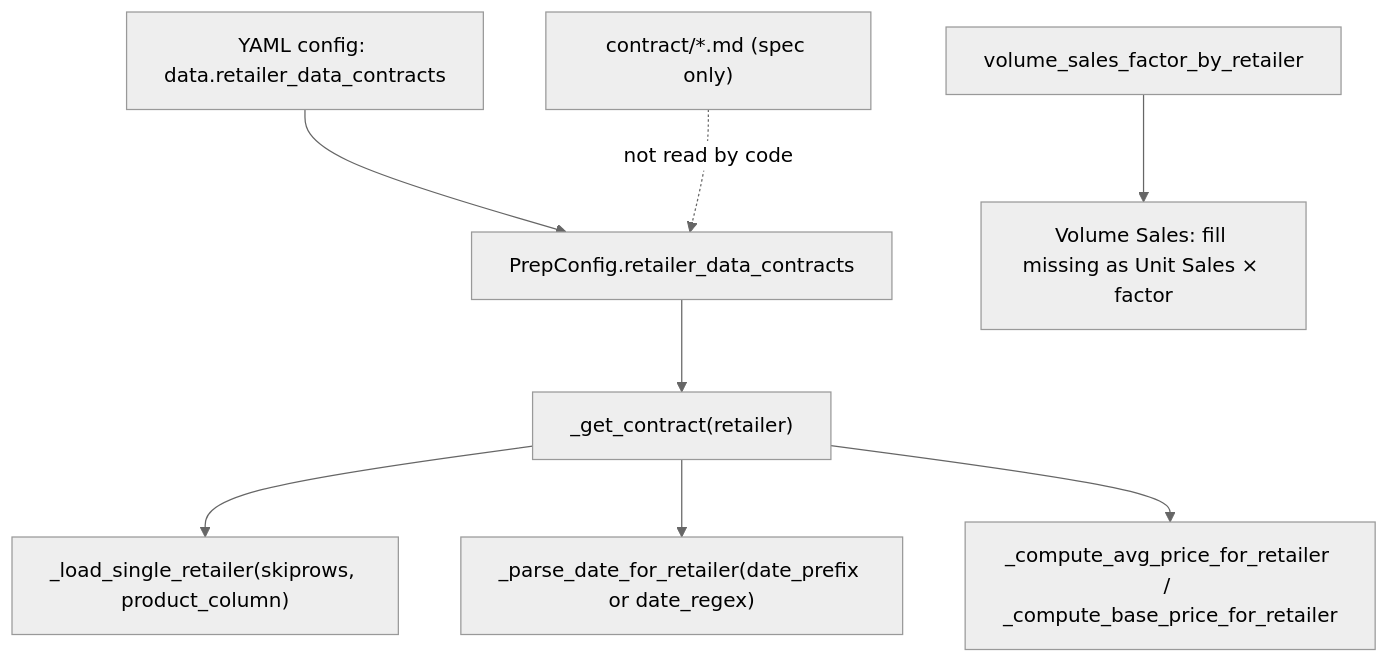
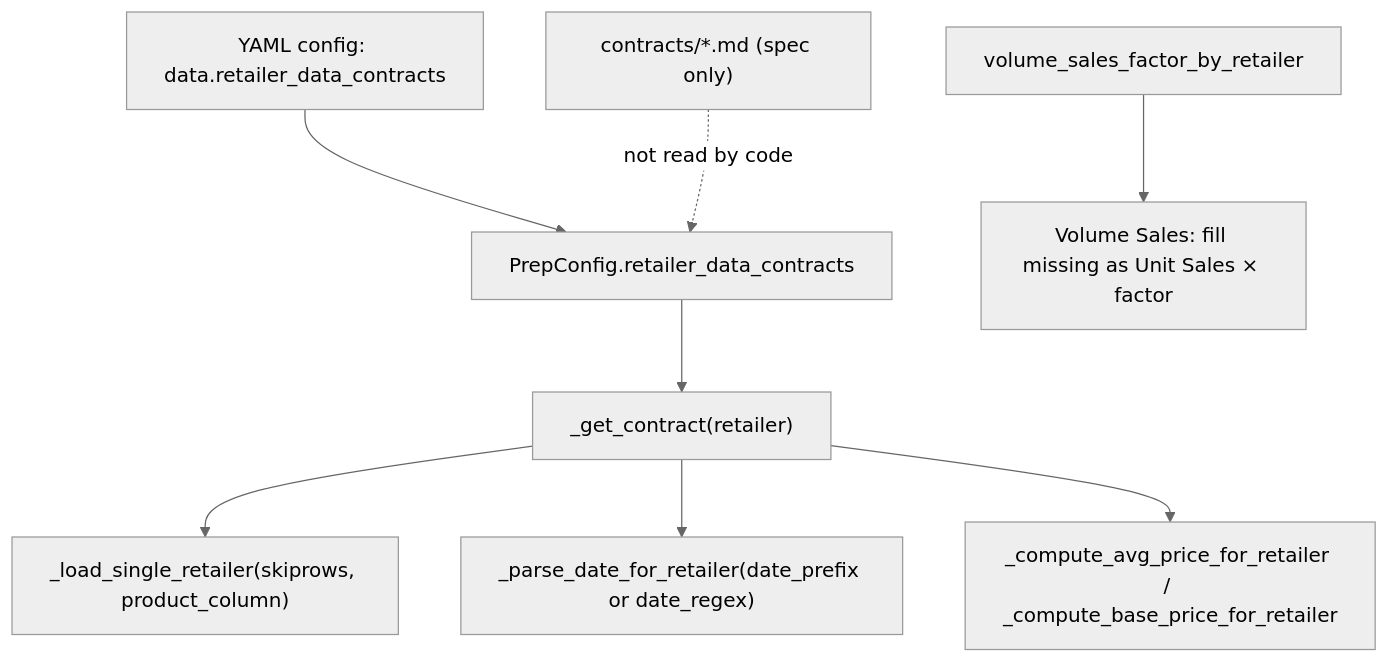
One commit to atulsehgal-day-tuh-ai/tr-price-elasticity-bayesian changed the third of 4 diagrams in help_documents/architecture.md. Above: the diagram before and after it, drawn with Mermaid (neutral theme). The commit also changed other lines of this file and 9 other files, not shown here.

````diff
--- a/help_documents/architecture.md
+++ b/help_documents/architecture.md
@@ -254,10 +254,10 @@
 ```mermaid
 flowchart TD
   YAMLConfig["YAML config: data.retailer_data_contracts"] --> PrepConfig["PrepConfig.retailer_data_contracts"]
   PrepConfig --> GetContract["_get_contract(retailer)"]
   GetContract --> Load["_load_single_retailer(skiprows, product_column)"]
   GetContract --> ParseDate["_parse_date_for_retailer(date_prefix or date_regex)"]
   GetContract --> Price["_compute_avg_price_for_retailer / _compute_base_price_for_retailer"]
   VolumeFactor["volume_sales_factor_by_retailer"] --> Volume["Volume Sales: fill missing as Unit Sales × factor"]
-  SpecDoc["contract/*.md (spec only)"] -. not read by code .-> PrepConfig
+  SpecDoc["contracts/*.md (spec only)"] -. not read by code .-> PrepConfig
 ```
````
